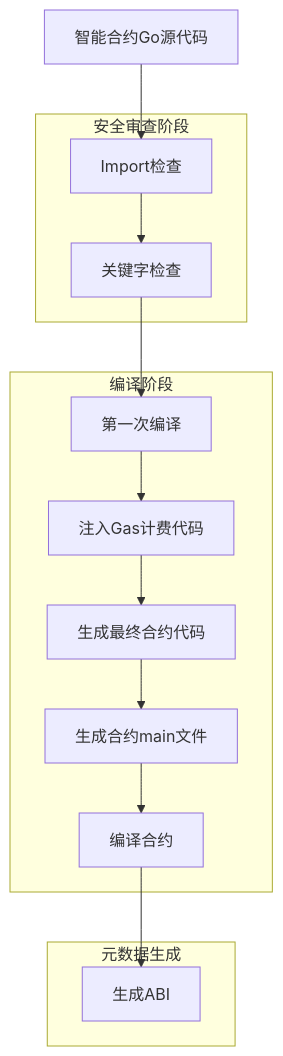
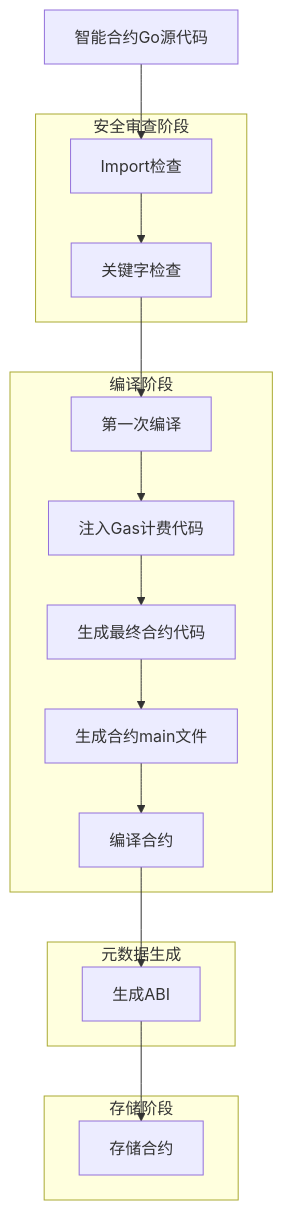
One commit to lengzhao/vm changed the diagram in docs/detailed_design/contract_processing_flow.md. Above: the diagram before and after it, drawn with Mermaid. The commit also changed other lines of this file and 12 other files, not shown here.

````diff
--- a/docs/detailed_design/contract_processing_flow.md
+++ b/docs/detailed_design/contract_processing_flow.md
@@ -9,28 +9,33 @@
 ```mermaid
 graph TD
     A[智能合约Go源代码] --> B[Import检查]
     B --> C[关键字检查]
     C --> D[第一次编译]
     D --> E[注入Gas计费代码]
     E --> F[生成最终合约代码]
     F --> G[生成合约main文件]
     G --> H[编译合约]
     H --> I[生成ABI]
+    I --> J[存储合约]
     
     subgraph 安全审查阶段
         B
         C
     end
     
     subgraph 编译阶段
         D
         E
         F
         G
         H
     end
     
     subgraph 元数据生成
         I
     end
+    
+    subgraph 存储阶段
+        J
+    end
 ```
````
